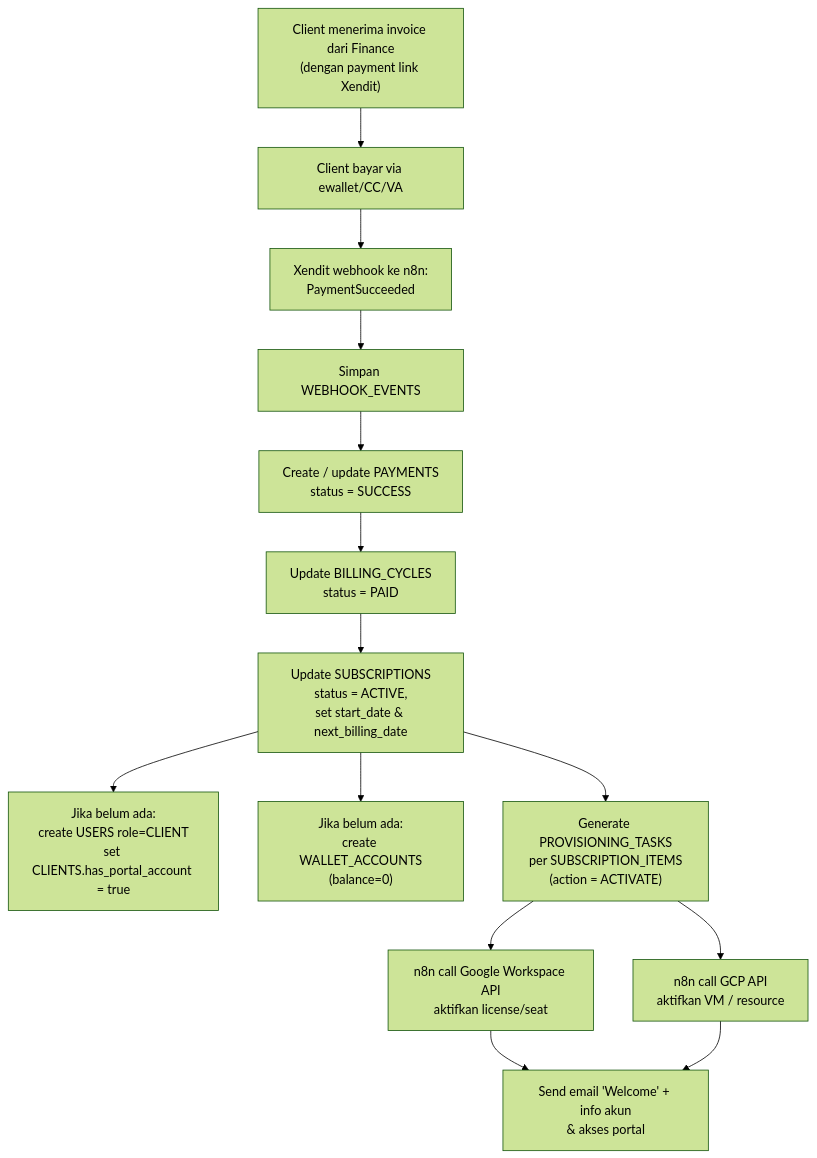
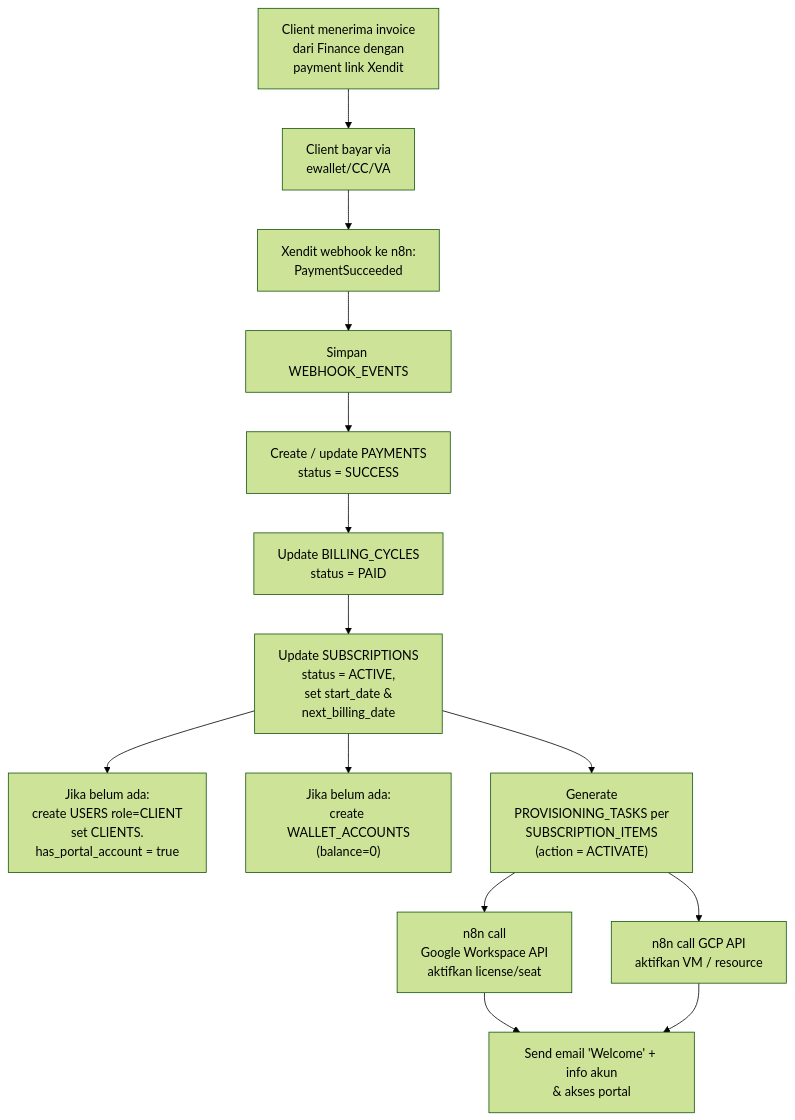
One commit to rifaldigits/CloudSales changed the fourth of 6 diagrams in README.md. Above: the diagram before and after it, drawn with Mermaid (forest theme). The commit also changed other lines of this file, not shown here.

````diff
--- a/README.md
+++ b/README.md
@@ -407,27 +407,27 @@
 ```mermaid
 flowchart TD
     %% CLIENT PAY
-    F1["Client menerima invoice dari Finance<br>(dengan payment link Xendit)"] --> P1["Client bayar via ewallet/CC/VA"]
+    F1["Client menerima invoice<br>dari Finance dengan<br>payment link Xendit"] --> P1["Client bayar via<br>ewallet/CC/VA"]
     P1 --> W1["Xendit webhook ke n8n:<br>PaymentSucceeded"]
 
     %% HANDLE WEBHOOK
     W1 --> W2["Simpan WEBHOOK_EVENTS"]
     W2 --> P2["Create / update PAYMENTS<br>status = SUCCESS"]
     P2 --> BC1["Update BILLING_CYCLES<br>status = PAID"]
-    BC1 --> S1["Update SUBSCRIPTIONS<br>status = ACTIVE,<br>set start_date & next_billing_date"]
+    BC1 --> S1["Update SUBSCRIPTIONS<br>status = ACTIVE,<br>set start_date &<br>next_billing_date"]
 
     %% CREATE PORTAL ACCOUNT
-    S1 --> C1["Jika belum ada:<br>create USERS role=CLIENT<br>set CLIENTS.has_portal_account = true"]
+    S1 --> C1["Jika belum ada:<br>create USERS role=CLIENT<br>set CLIENTS.<br>has_portal_account = true"]
 
     %% CREATE WALLET
     S1 --> W3["Jika belum ada:<br>create WALLET_ACCOUNTS<br>(balance=0)"]
 
     %% PROVISIONING GOOGLE
-    S1 --> PV1["Generate PROVISIONING_TASKS<br>per SUBSCRIPTION_ITEMS<br>(action = ACTIVATE)"]
-    PV1 --> GW1["n8n call Google Workspace API<br>aktifkan license/seat"]
+    S1 --> PV1["Generate<br>PROVISIONING_TASKS per<br>SUBSCRIPTION_ITEMS<br>(action = ACTIVATE)"]
+    PV1 --> GW1["n8n call<br>Google Workspace API<br>aktifkan license/seat"]
     PV1 --> GCP1["n8n call GCP API<br>aktifkan VM / resource"]
 
     %% NOTIFIKASI CLIENT
     GW1 --> EM1["Send email 'Welcome' + info akun<br>& akses portal"]
     GCP1 --> EM1
 ```
````
